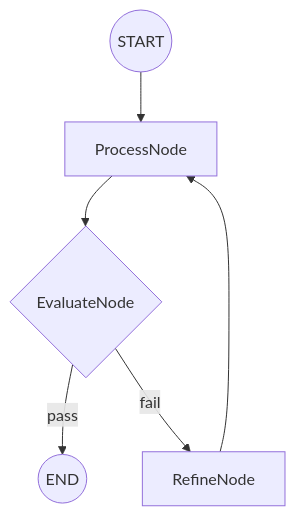
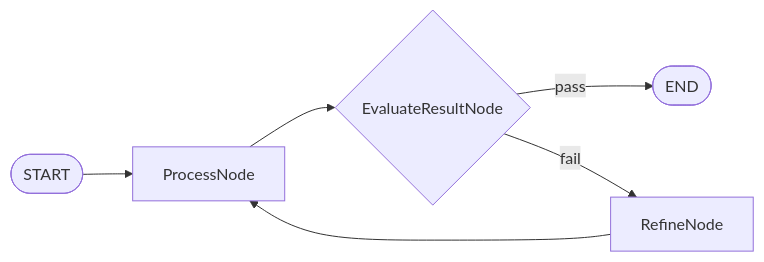
One commit to Proact0/Act-Operator changed the third of 3 diagrams in act_operator/act_operator/scaffold/{{ cookiecutter.act_slug }}/.claude/skills/act-architect/resources/design/edge-routing.md. Above: the diagram before and after it, drawn with Mermaid. The commit also changed other lines of this file and 9 other files, not shown here.

Commit message:
Update version to 0.2.4, add new template paths for improved project scaffolding, and enhance documentation for interactive conversation protocols in the act-architect skill.

````diff
--- a/act_operator/act_operator/scaffold/{{ cookiecutter.act_slug }}/.claude/skills/act-architect/resources/design/edge-routing.md
+++ b/act_operator/act_operator/scaffold/{{ cookiecutter.act_slug }}/.claude/skills/act-architect/resources/design/edge-routing.md
@@ -35,8 +35,8 @@
 ```mermaid
-graph TD
-    START((START)) --> ProcessNode[ProcessNode]
-    ProcessNode --> EvaluateNode{EvaluateNode}
-    EvaluateNode -->|pass| END((END))
-    EvaluateNode -->|fail| RefineNode[RefineNode]
-    RefineNode --> ProcessNode
+graph LR
+    START([START]) --> A[ProcessNode]
+    A --> B{EvaluateResultNode}
+    B -->|pass| END([END])
+    B -->|fail| C[RefineNode]
+    C --> A
 ```
````
